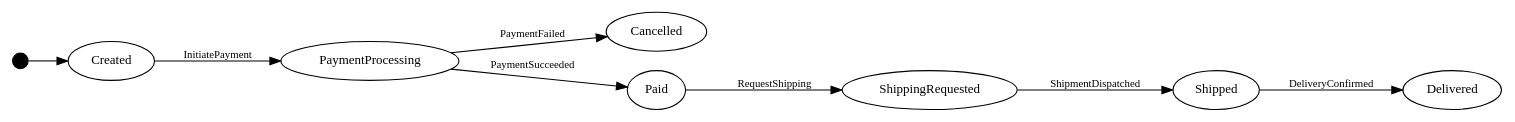
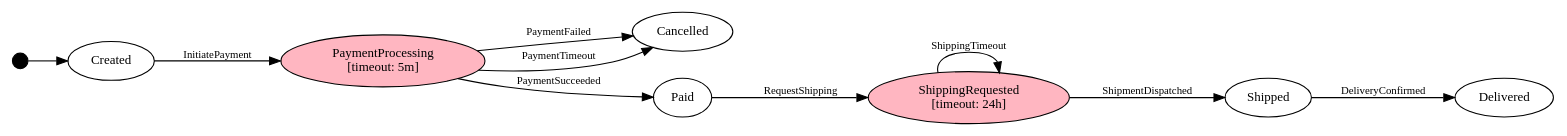
One commit to Iterable/mechanoid changed the third of 3 diagrams in docs/visualizations/order-fsm-structure.md. Above: the diagram before and after it, drawn with Graphviz. The commit also changed other lines of this file and 10 other files, not shown here.

````diff
--- a/docs/visualizations/order-fsm-structure.md
+++ b/docs/visualizations/order-fsm-structure.md
@@ -58,25 +48,28 @@
 ```dot
 digraph FSM {
     rankdir=LR;
     fontsize=12;
     node [shape=ellipse, fontsize=12];
     edge [fontsize=10];
 
     Shipped [label="Shipped"];
-    PaymentProcessing [label="PaymentProcessing"];
-    ShippingRequested [label="ShippingRequested"];
+    PaymentProcessing [label="PaymentProcessing\n[timeout: 5m]", style=filled, fillcolor="#FFB6C1"];
+    ShippingRequested [label="ShippingRequested\n[timeout: 24h]", style=filled, fillcolor="#FFB6C1"];
     Delivered [label="Delivered"];
     Cancelled [label="Cancelled"];
     Paid [label="Paid"];
     Created [label="Created"];
     __start__ [shape=point, width=0.2];
     __start__ -> Created;
 
     Created -> PaymentProcessing [label="InitiatePayment"];
     PaymentProcessing -> Paid [label="PaymentSucceeded"];
     PaymentProcessing -> Cancelled [label="PaymentFailed"];
+    PaymentProcessing -> Cancelled [label="PaymentTimeout"];
     Paid -> ShippingRequested [label="RequestShipping"];
     ShippingRequested -> Shipped [label="ShipmentDispatched"];
+    ShippingRequested -> ShippingRequested [label="ShippingTimeout"];
     Shipped -> Delivered [label="DeliveryConfirmed"];
 }
+
 ```
````
